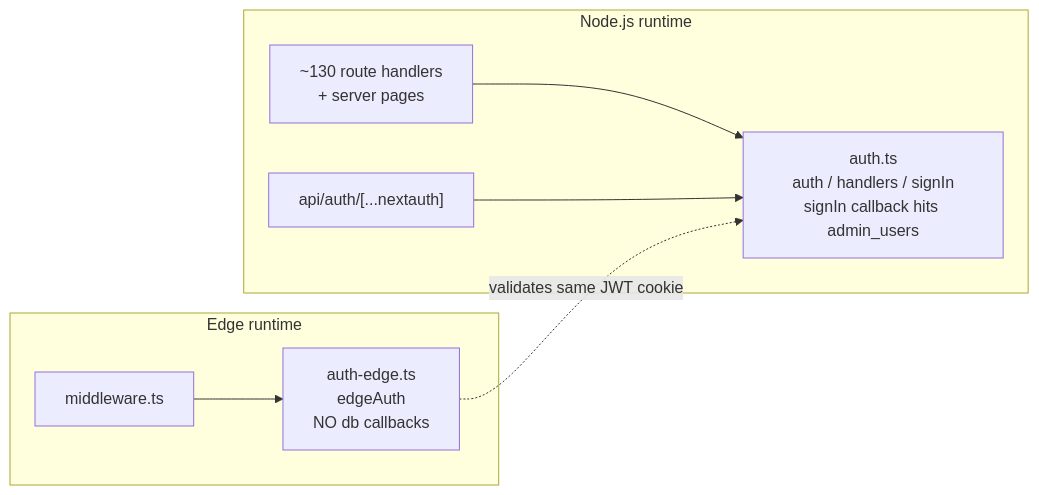
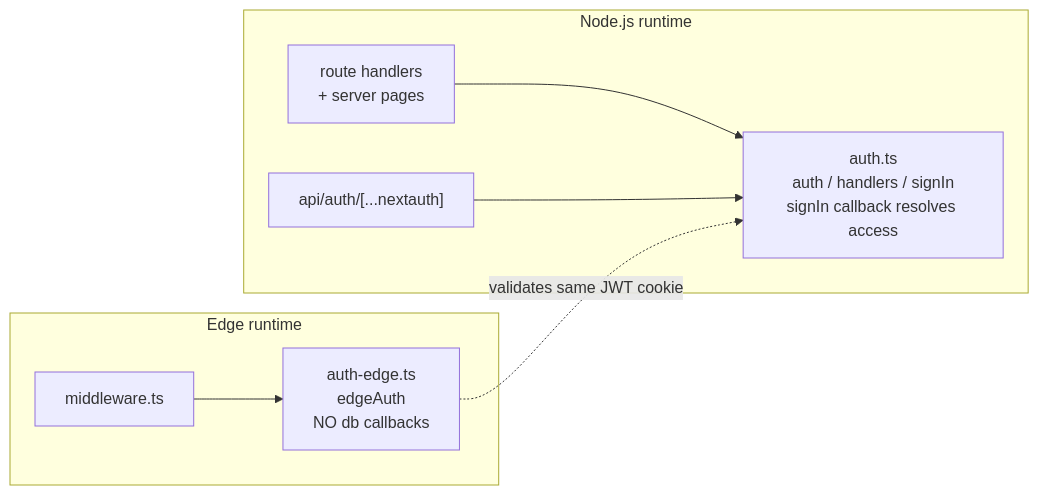
Before and after one commit to kasheesh711/bgscheduler: the second of 2 diagrams in docs/operations/auth-and-access.md, drawn with Mermaid. The commit also changed other lines of this file and 4 other files, not shown here.

Commit message:
docs(auth): audit route access surface

````diff
--- a/docs/operations/auth-and-access.md
+++ b/docs/operations/auth-and-access.md
@@ -141,11 +143,11 @@
 ```mermaid
 flowchart LR
     subgraph Edge["Edge runtime"]
       MW[middleware.ts] --> EA["auth-edge.ts<br/>edgeAuth<br/>NO db callbacks"]
     end
     subgraph Node["Node.js runtime"]
-      API["~130 route handlers<br/>+ server pages"] --> NA["auth.ts<br/>auth / handlers / signIn<br/>signIn callback hits admin_users"]
+      API["route handlers<br/>+ server pages"] --> NA["auth.ts<br/>auth / handlers / signIn<br/>signIn callback resolves access"]
       NEXTAUTH["api/auth/[...nextauth]"] --> NA
     end
     EA -. "validates same JWT cookie" .-> NA
 ```
````
